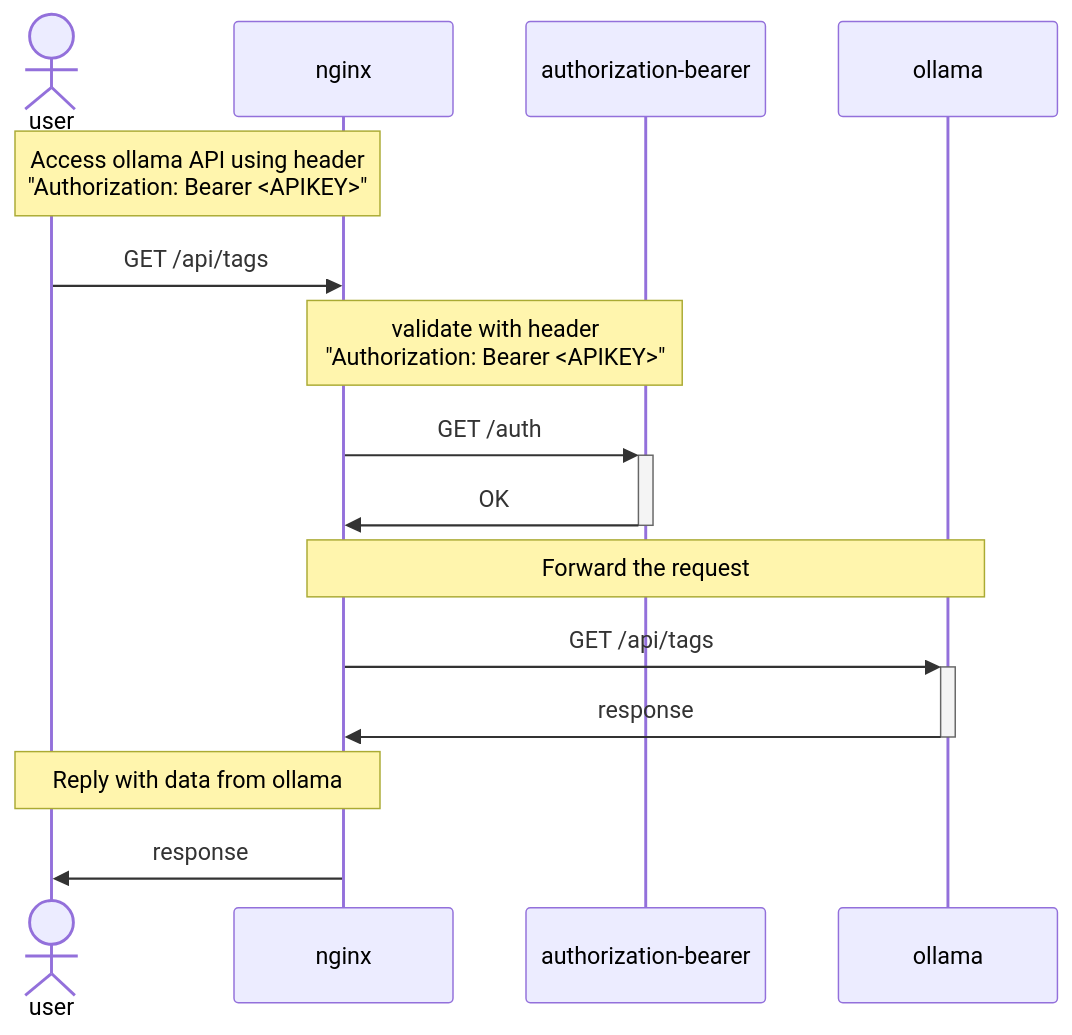
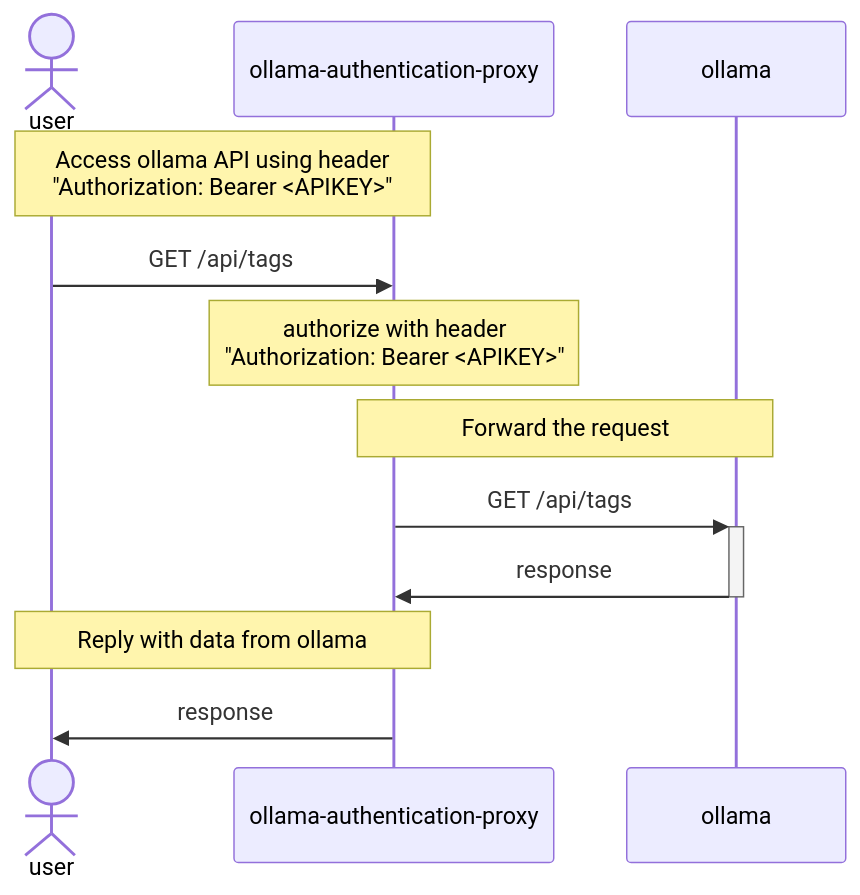
Before and after one commit to manuel-koch/ollama-authentication-proxy: the diagram in README.md, drawn with Mermaid. The commit also changed other lines of this file and 14 other files, not shown here.

Commit message:
Use golang proxy instead of nginx

````diff
--- a/README.md
+++ b/README.md
@@ -22,14 +21,12 @@
 ```mermaid
 sequenceDiagram
     actor user
-    Note over user,nginx: Access ollama API using header<br>"Authorization: Bearer <APIKEY>"
-    user ->> nginx: GET /api/tags
-    Note over nginx, authorization-bearer: validate with header<br>"Authorization: Bearer <APIKEY>"
-    nginx ->>+ authorization-bearer: GET /auth
-    authorization-bearer ->>- nginx: OK
-    Note over nginx, ollama: Forward the request
-    nginx ->>+ ollama: GET /api/tags
-    ollama ->>- nginx: response
-    Note over nginx, user: Reply with data from ollama
-    nginx ->> user: response
+    Note over user,ollama-authentication-proxy: Access ollama API using header<br>"Authorization: Bearer <APIKEY>"
+    user ->> ollama-authentication-proxy: GET /api/tags
+    Note over ollama-authentication-proxy: authorize with header<br>"Authorization: Bearer <APIKEY>"
+    Note over ollama-authentication-proxy, ollama: Forward the request
+    ollama-authentication-proxy ->>+ ollama: GET /api/tags
+    ollama ->>- ollama-authentication-proxy: response
+    Note over ollama-authentication-proxy, user: Reply with data from ollama
+    ollama-authentication-proxy ->> user: response
 ```
````
